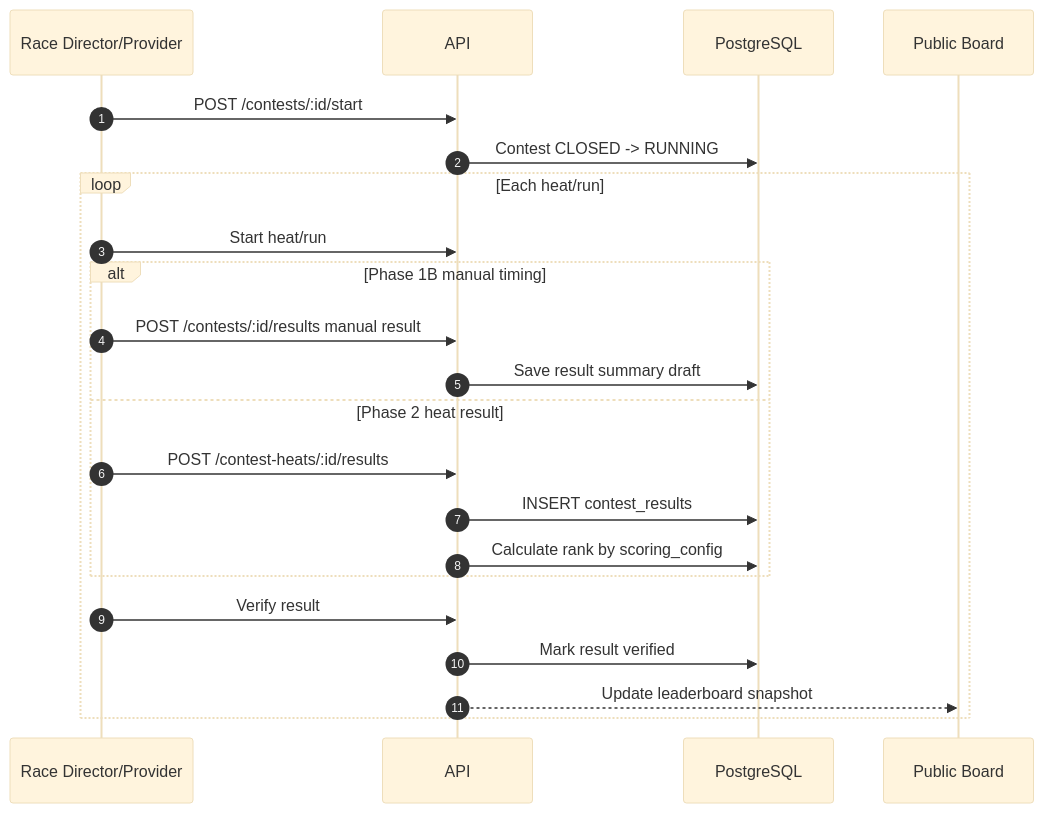
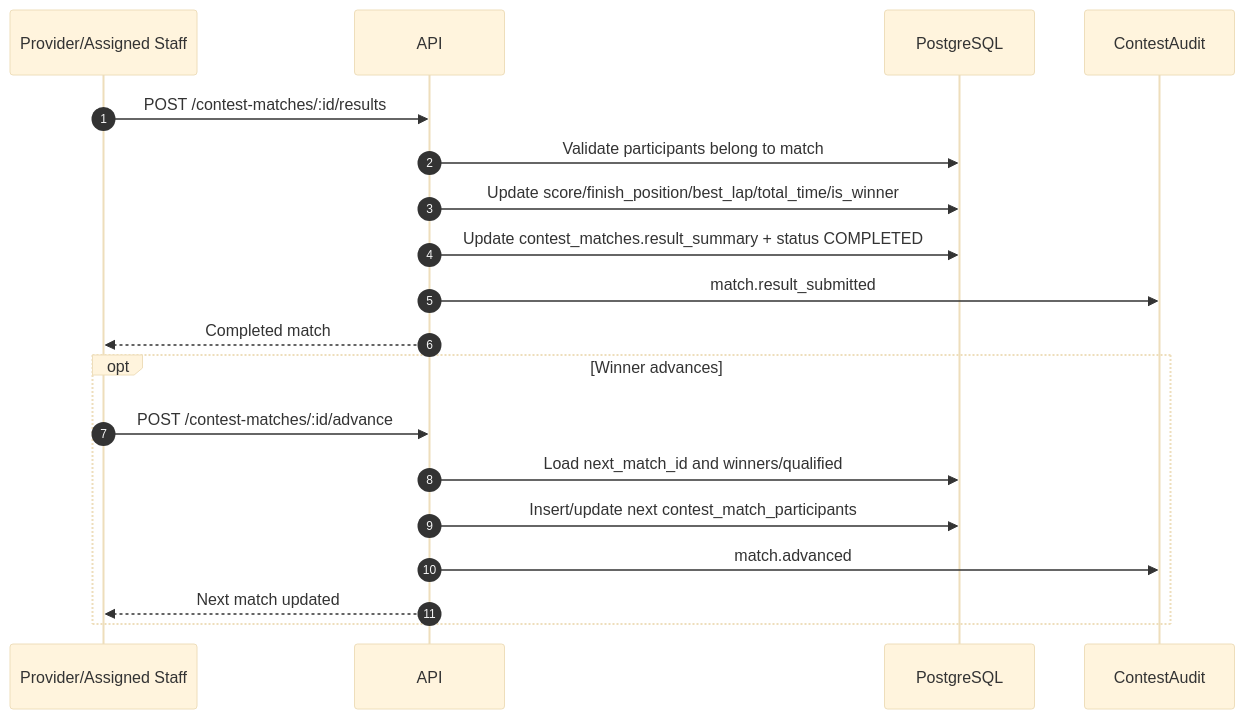
One commit to RCField-SEP490/rcfield-spec changed the eighth of 10 diagrams in docs/diagrams/sequence/sequence-flow-contest-lifecycle.md. Above: the diagram before and after it, drawn with Mermaid (base theme). The commit also changed other lines of this file and 8 other files, not shown here.

````diff
--- a/docs/diagrams/sequence/sequence-flow-contest-lifecycle.md
+++ b/docs/diagrams/sequence/sequence-flow-contest-lifecycle.md
@@ -263,25 +199,23 @@
 ```mermaid
 sequenceDiagram
     autonumber
-    participant RD as Race Director/Provider
+    participant O as Provider/Assigned Staff
     participant API as API
     participant DB as PostgreSQL
-    participant Board as Public Board
+    participant Audit as ContestAudit
 
-    RD->>API: POST /contests/:id/start
-    API->>DB: Contest CLOSED -> RUNNING
-    loop Each heat/run
-        RD->>API: Start heat/run
-        alt Phase 1B manual timing
-            RD->>API: POST /contests/:id/results manual result
-            API->>DB: Save result summary draft
-        else Phase 2 heat result
-            RD->>API: POST /contest-heats/:id/results
-            API->>DB: INSERT contest_results
-            API->>DB: Calculate rank by scoring_config
-        end
-        RD->>API: Verify result
-        API->>DB: Mark result verified
-        API-->>Board: Update leaderboard snapshot
+    O->>API: POST /contest-matches/:id/results
+    API->>DB: Validate participants belong to match
+    API->>DB: Update score/finish_position/best_lap/total_time/is_winner
+    API->>DB: Update contest_matches.result_summary + status COMPLETED
+    API->>Audit: match.result_submitted
+    API-->>O: Completed match
+
+    opt Winner advances
+        O->>API: POST /contest-matches/:id/advance
+        API->>DB: Load next_match_id and winners/qualified
+        API->>DB: Insert/update next contest_match_participants
+        API->>Audit: match.advanced
+        API-->>O: Next match updated
     end
 ```
````
